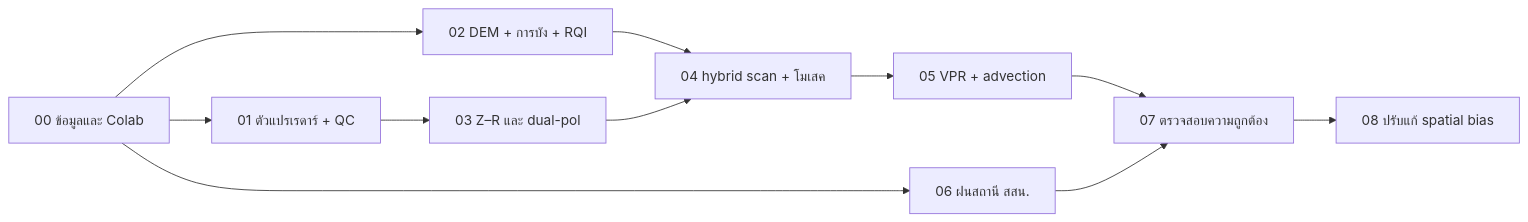
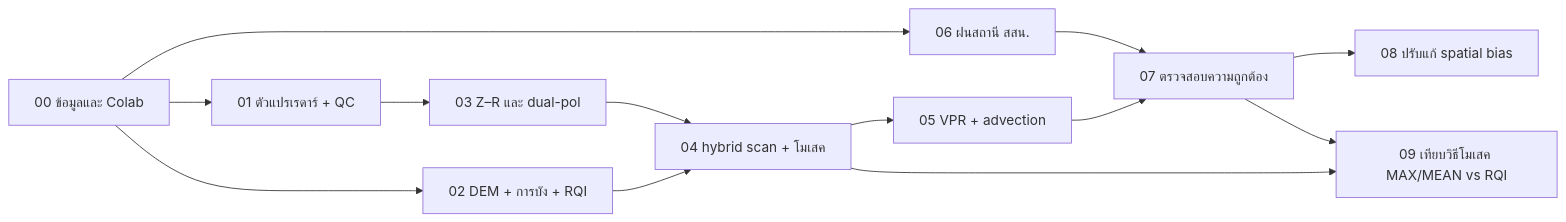
Before and after one commit to nattaponm/Teach_RQI_Mosaic_SpatialBias_DualPol: the diagram in README.md, drawn with Mermaid. The commit also changed other lines of this file and 10 other files, not shown here.

First line of the commit message:
Add notebook 09: compare simple (MAX/MEAN/NEAREST) and RQI-based mosaics

````diff
--- a/README.md
+++ b/README.md
@@ -61,13 +62,15 @@
 ```mermaid
 flowchart LR
     A[00 ข้อมูลและ Colab] --> B[01 ตัวแปรเรดาร์ + QC]
     A --> C[02 DEM + การบัง + RQI]
     B --> D[03 Z–R และ dual-pol]
     C --> E[04 hybrid scan + โมเสค]
     D --> E
     E --> F[05 VPR + advection]
     A --> G[06 ฝนสถานี สสน.]
     F --> H[07 ตรวจสอบความถูกต้อง]
     G --> H
     H --> I[08 ปรับแก้ spatial bias]
+    E --> J[09 เทียบวิธีโมเสค MAX/MEAN vs RQI]
+    H --> J
 ```
````
